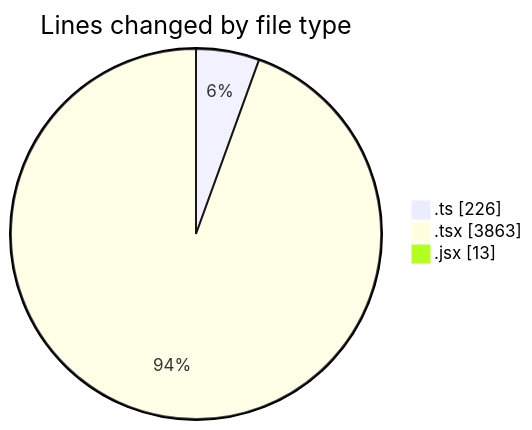
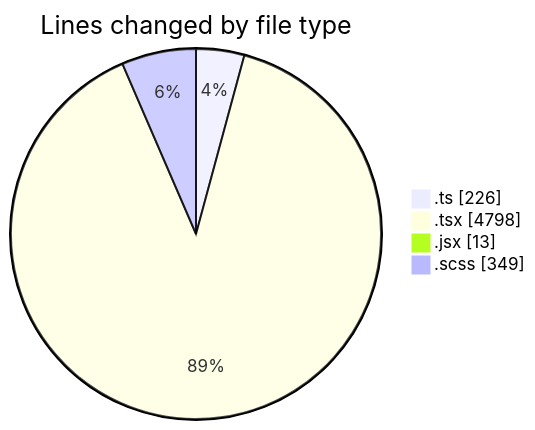
Before and after one commit to momahboobian/code-tracking: the first of 2 diagrams in 2025-12-02/cda/README.md, drawn with Mermaid. The commit also changed other lines of this file and 1 other file, not shown here.

````diff
--- a/2025-12-02/cda/README.md
+++ b/2025-12-02/cda/README.md
@@ -30,7 +32,8 @@
 ```mermaid
 pie showData
 title Lines changed by file type
 ".ts" : 226
-".tsx" : 3863
+".tsx" : 4798
 ".jsx" : 13
+".scss" : 349
 ```
````
